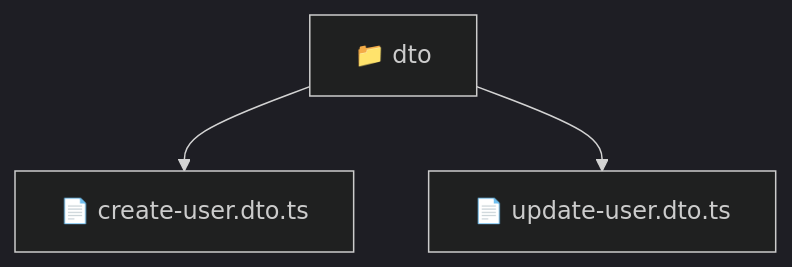
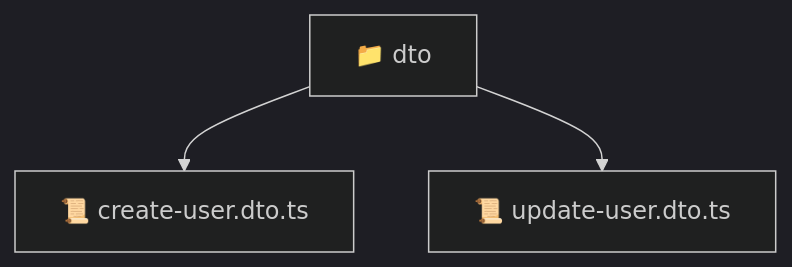
The diagram in backend/src/modules/user/presentation/dto/README.md (beginwebdev2002/fullstack-mavluda), drawn with Mermaid (dark theme) before and after one commit. The commit also changed other lines of this file and 163 other files, not shown here.

````diff
--- a/backend/src/modules/user/presentation/dto/README.md
+++ b/backend/src/modules/user/presentation/dto/README.md
@@ -9,6 +9,6 @@
 ```mermaid
 graph TD
-  Root["📁 dto"]
-  Root --> create_user_dto_ts["📄 create-user.dto.ts"]
-  Root --> update_user_dto_ts["📄 update-user.dto.ts"]
+  dto["📁 dto"]
+  dto --> create_user_dto_ts["📜 create-user.dto.ts"]
+  dto --> update_user_dto_ts["📜 update-user.dto.ts"]
 ```
````
